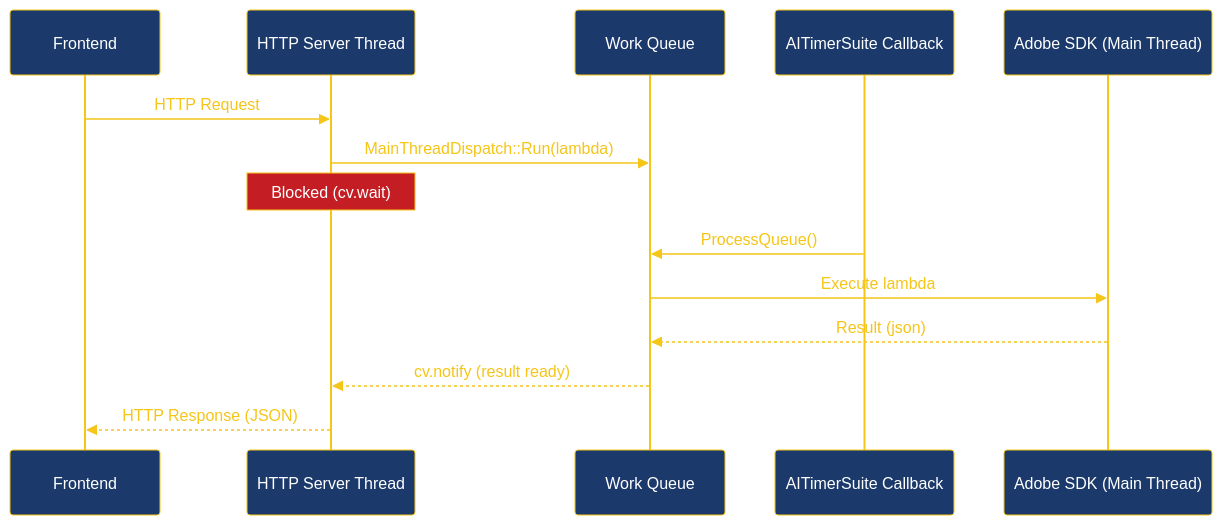
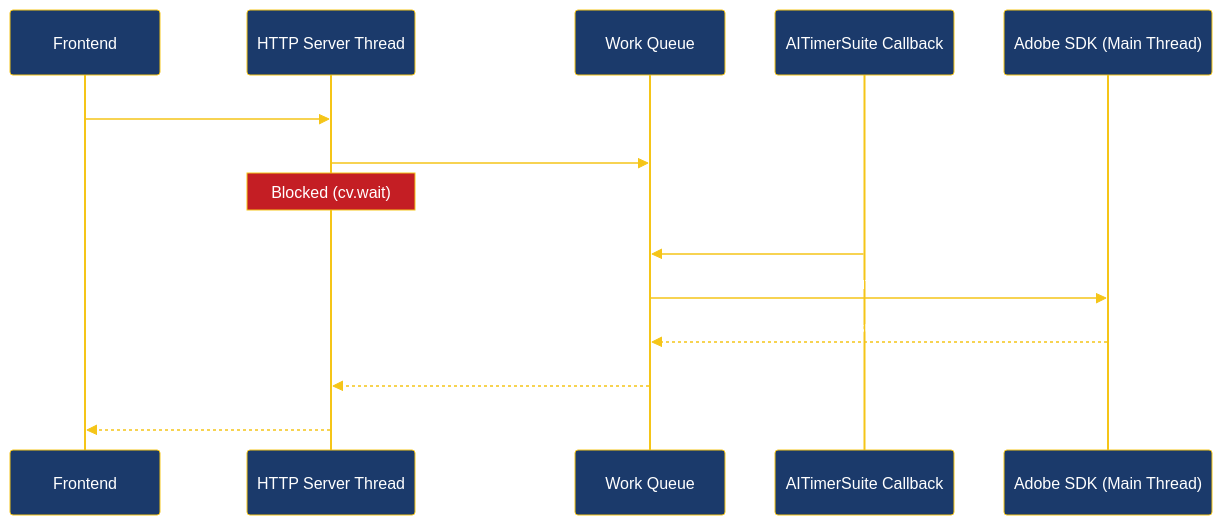
One commit to ByteBard97/nuxp changed the first of 4 diagrams in docs/ARCHITECTURE.md. Above: the diagram before and after it, drawn with Mermaid.

Commit message:
docs: change sequence diagram signal text to white for readability

````diff
--- a/docs/ARCHITECTURE.md
+++ b/docs/ARCHITECTURE.md
@@ -32,31 +32,31 @@
 ```mermaid
 %%{init: {'theme': 'base', 'themeVariables': {
   'actorBkg': '#1B3A6B',
   'actorBorder': '#F5C518',
   'actorTextColor': '#FFFFFF',
   'actorLineColor': '#F5C518',
   'signalColor': '#F5C518',
-  'signalTextColor': '#F5C518',
+  'signalTextColor': '#FFFFFF',
   'noteBkgColor': '#C41E24',
   'noteTextColor': '#FFFFFF',
   'noteBorderColor': '#F5C518',
   'activationBkgColor': '#1B3A6B',
   'activationBorderColor': '#F5C518',
   'sequenceNumberColor': '#FFFFFF'
 }}}%%
 sequenceDiagram
     participant Client as Frontend
     participant HTTP as HTTP Server Thread
     participant Queue as Work Queue
     participant Timer as AITimerSuite Callback
     participant SDK as Adobe SDK (Main Thread)
 
     Client->>HTTP: HTTP Request
     HTTP->>Queue: MainThreadDispatch::Run(lambda)
     Note over HTTP: Blocked (cv.wait)
     Timer->>Queue: ProcessQueue()
     Queue->>SDK: Execute lambda
     SDK-->>Queue: Result (json)
     Queue-->>HTTP: cv.notify (result ready)
     HTTP-->>Client: HTTP Response (JSON)
 ```
````
